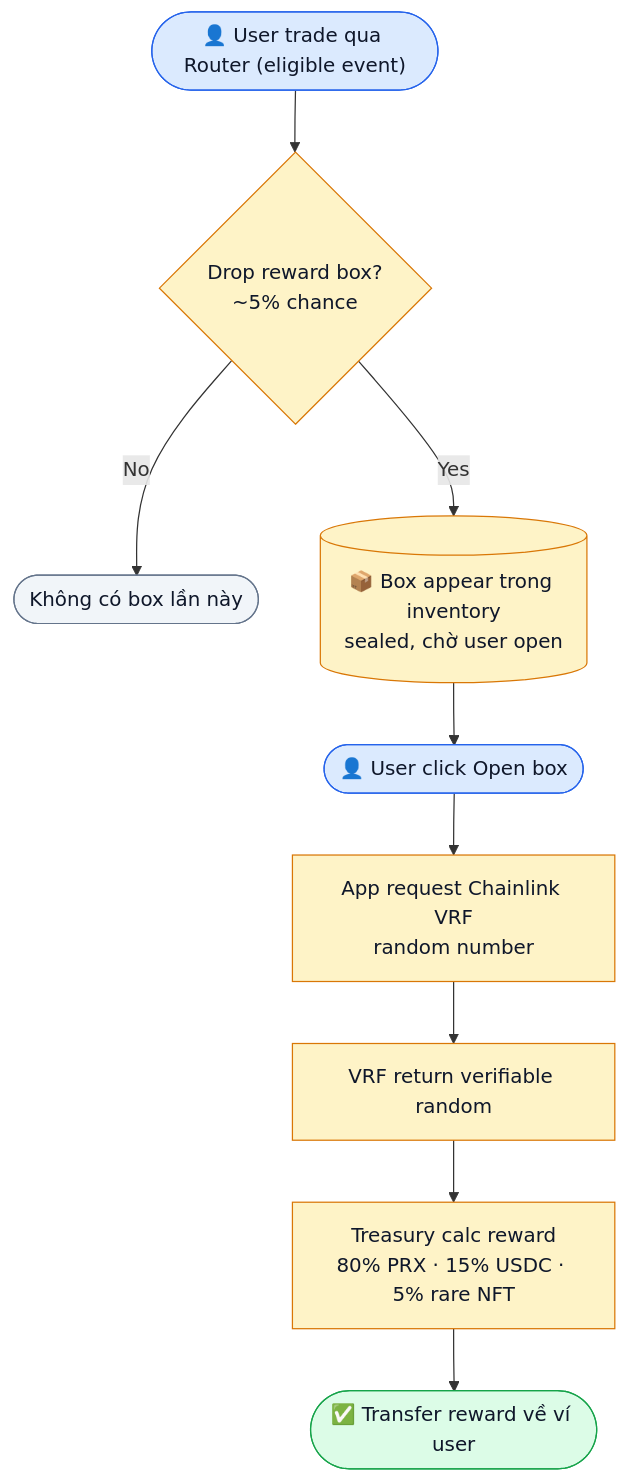
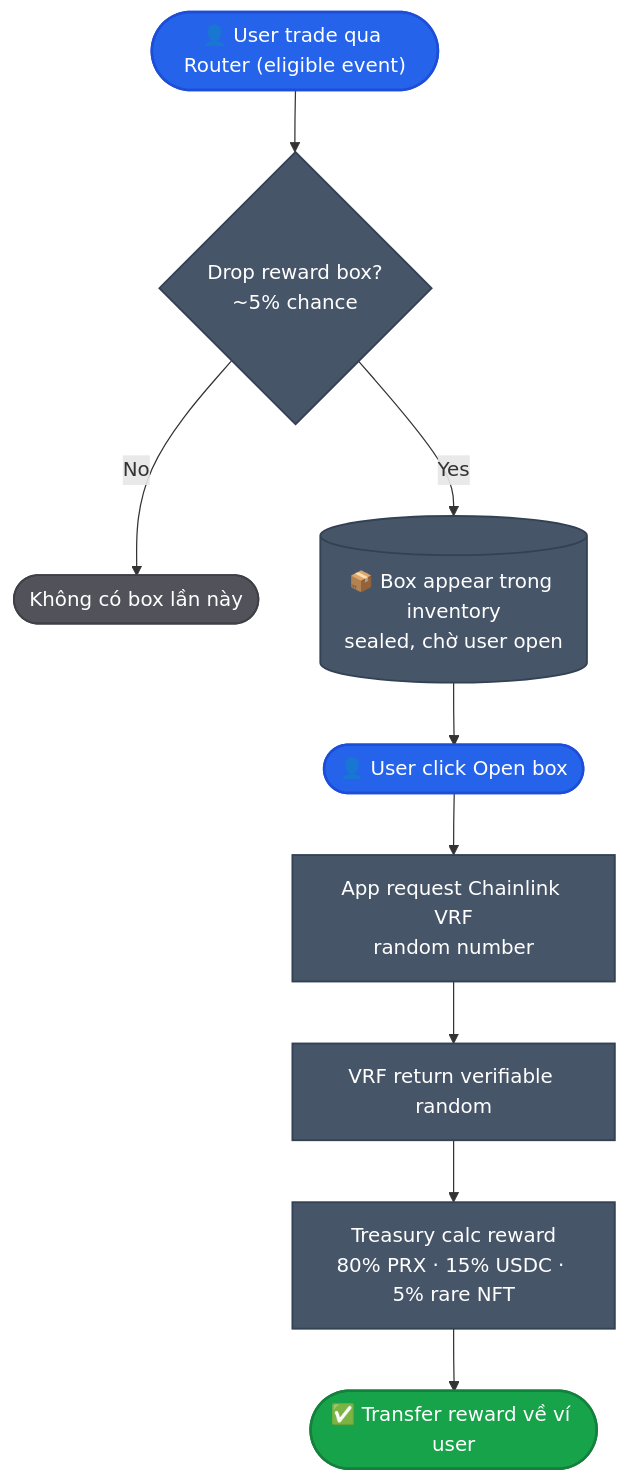
Before and after one commit to PrediX-Protocol/predix-docs: the third of 3 diagrams in vi_v6/cong-dong/rewards-gamification.md, drawn with Mermaid. The commit also changed other lines of this file and 32 other files, not shown here.

First line of the commit message:
docs(vi_v6): redesign Mermaid theme — solid mid-tone palette + dark theme

````diff
--- a/vi_v6/cong-dong/rewards-gamification.md
+++ b/vi_v6/cong-dong/rewards-gamification.md
@@ -103,23 +104,23 @@
 ```mermaid
 flowchart TD
     Trade(["👤 User trade qua Router (eligible event)"])
     Trade --> Drop{"Drop reward box?<br/>~5% chance"}
     Drop -->|No| End0(["Không có box lần này"])
     Drop -->|Yes| Box[("📦 Box appear trong inventory<br/>sealed, chờ user open")]
     Box --> Open(["👤 User click Open box"])
     Open --> S1["App request Chainlink VRF<br/>random number"]
     S1 --> S2["VRF return verifiable random"]
     S2 --> S3["Treasury calc reward<br/>80% PRX · 15% USDC · 5% rare NFT"]
     S3 --> End(["✅ Transfer reward về ví user"])
 
-    classDef st fill:#dbeafe,stroke:#2563eb,color:#0f172a
-    classDef step fill:#fef3c7,stroke:#d97706,color:#0f172a
-    classDef box fill:#fef3c7,stroke:#d97706,color:#0f172a
-    classDef ok fill:#dcfce7,stroke:#16a34a,color:#0f172a
-    classDef miss fill:#f1f5f9,stroke:#64748b,color:#0f172a
+    classDef st fill:#2563eb,stroke:#1d4ed8,color:#fff,stroke-width:2px
+    classDef step fill:#475569,stroke:#334155,color:#fff,stroke-width:1.5px
+    classDef box fill:#475569,stroke:#334155,color:#fff,stroke-width:1.5px
+    classDef ok fill:#16a34a,stroke:#15803d,color:#fff,stroke-width:2px
+    classDef miss fill:#52525b,stroke:#3f3f46,color:#fff,stroke-width:1.5px
     class Trade,Open st
     class Drop,S1,S2,S3 step
     class Box box
     class End ok
     class End0 miss
 ```
````
